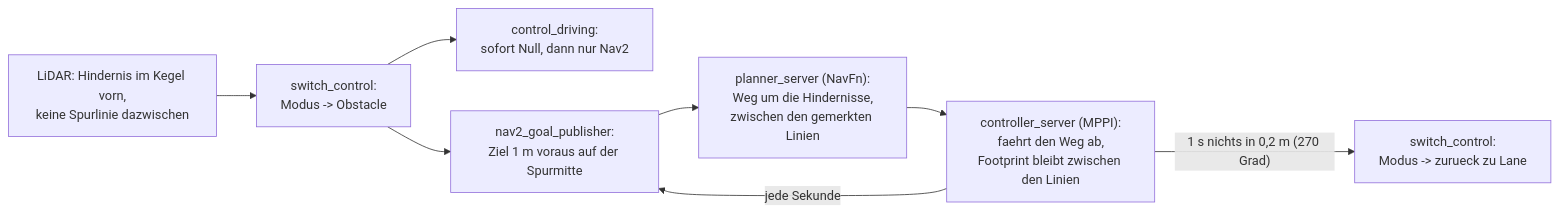
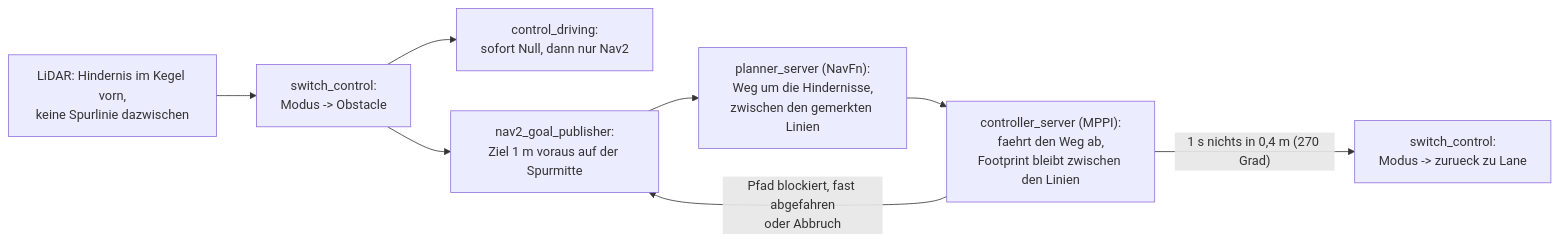
The third of 3 diagrams in docs/Nav2LocalCoastmap_Doku.md (NaiRolF878/TurtleBot3-URMC), drawn with Mermaid before and after one commit. The commit also changed other lines of this file and 9 other files, not shown here.

First line of the commit message:
Obstacle: neu planen nur bei blockiertem oder fast abgefahrenem Pfad

````diff
--- a/docs/Nav2LocalCoastmap_Doku.md
+++ b/docs/Nav2LocalCoastmap_Doku.md
@@ -237,10 +236,10 @@
 ```mermaid
 flowchart LR
     A["LiDAR: Hindernis im Kegel vorn,\nkeine Spurlinie dazwischen"] --> B["switch_control:\nModus -> Obstacle"]
     B --> C["control_driving:\nsofort Null, dann nur Nav2"]
     B --> D["nav2_goal_publisher:\nZiel 1 m voraus auf der Spurmitte"]
     D --> P["planner_server (NavFn):\nWeg um die Hindernisse,\nzwischen den gemerkten Linien"]
     P --> E["controller_server (MPPI):\nfaehrt den Weg ab,\nFootprint bleibt zwischen den Linien"]
-    E -->|"jede Sekunde"| D
-    E -->|"1 s nichts in 0,2 m (270 Grad)"| F["switch_control:\nModus -> zurueck zu Lane"]
+    E -->|"Pfad blockiert, fast abgefahren\noder Abbruch"| D
+    E -->|"1 s nichts in 0,4 m (270 Grad)"| F["switch_control:\nModus -> zurueck zu Lane"]
 ```
````
